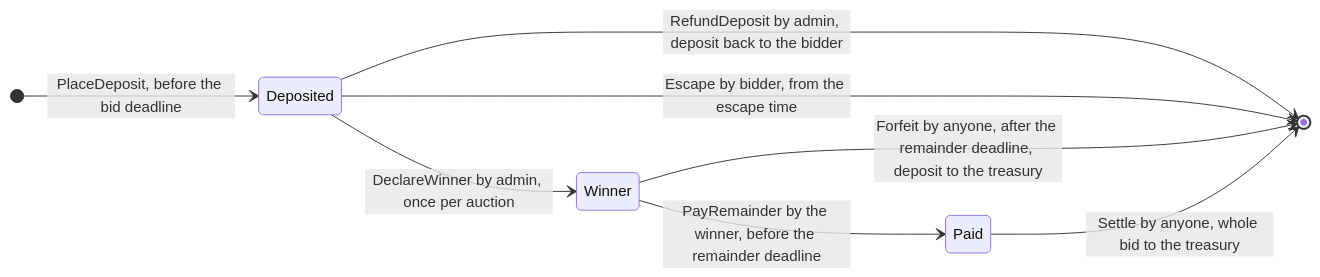
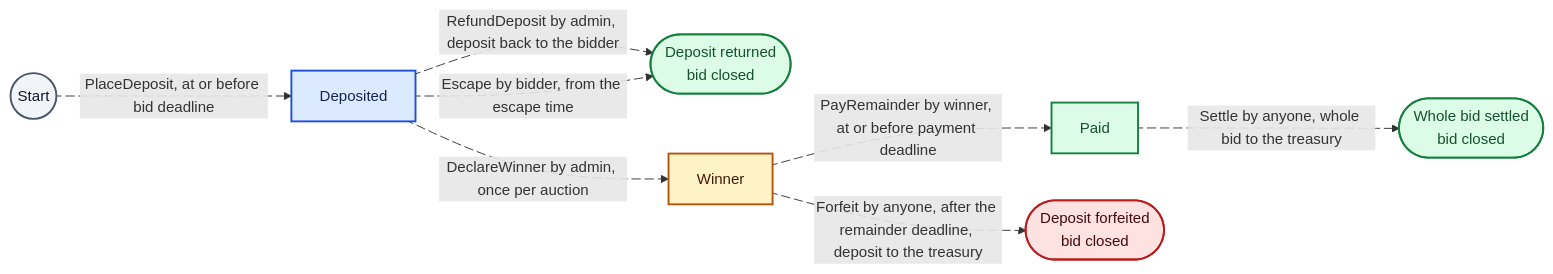
Before and after one commit to visit-airspace/airspace-contracts: the fifth of 7 diagrams in README.md, drawn with Mermaid. The commit also changed other lines of this file, not shown here.

Commit message:
docs: clarify sponsor trust and animate contract diagrams

````diff
--- a/README.md
+++ b/README.md
@@ -106,11 +185,27 @@
 ```mermaid
-stateDiagram-v2
-    direction LR
-    [*] --> Deposited: PlaceDeposit, before the bid deadline
-    Deposited --> [*]: RefundDeposit by admin, deposit back to the bidder
-    Deposited --> [*]: Escape by bidder, from the escape time
-    Deposited --> Winner: DeclareWinner by admin, once per auction
-    Winner --> Paid: PayRemainder by the winner, before the remainder deadline
-    Winner --> [*]: Forfeit by anyone, after the remainder deadline, deposit to the treasury
-    Paid --> [*]: Settle by anyone, whole bid to the treasury
+flowchart LR
+    Start((Start)) e1@-->|PlaceDeposit, at or before bid deadline| Deposited[Deposited]
+    Deposited e2@-->|RefundDeposit by admin, deposit back to the bidder| Returned([Deposit returned<br/>bid closed])
+    Deposited e3@-->|Escape by bidder, from the escape time| Returned
+    Deposited e4@-->|DeclareWinner by admin, once per auction| Winner[Winner]
+    Winner e5@-->|PayRemainder by winner, at or before payment deadline| Paid[Paid]
+    Winner e6@-->|Forfeit by anyone, after the remainder deadline, deposit to the treasury| Forfeited([Deposit forfeited<br/>bid closed])
+    Paid e7@-->|Settle by anyone, whole bid to the treasury| Settled([Whole bid settled<br/>bid closed])
+    e1@{ animation: slow }
+    e2@{ animation: slow }
+    e3@{ animation: slow }
+    e4@{ animation: slow }
+    e5@{ animation: slow }
+    e6@{ animation: slow }
+    e7@{ animation: slow }
+    classDef sponsor fill:#DBEAFE,stroke:#1D4ED8,color:#172554,stroke-width:2px;
+    class Deposited sponsor;
+    classDef rules fill:#FEF3C7,stroke:#B45309,color:#451A03,stroke-width:2px;
+    class Winner rules;
+    classDef money fill:#DCFCE7,stroke:#15803D,color:#14532D,stroke-width:2px;
+    class Paid,Returned,Settled money;
+    classDef record fill:#F1F5F9,stroke:#475569,color:#0F172A,stroke-width:2px;
+    class Start record;
+    classDef loss fill:#FEE2E2,stroke:#B91C1C,color:#450A0A,stroke-width:2px;
+    class Forfeited loss;
 ```
````
